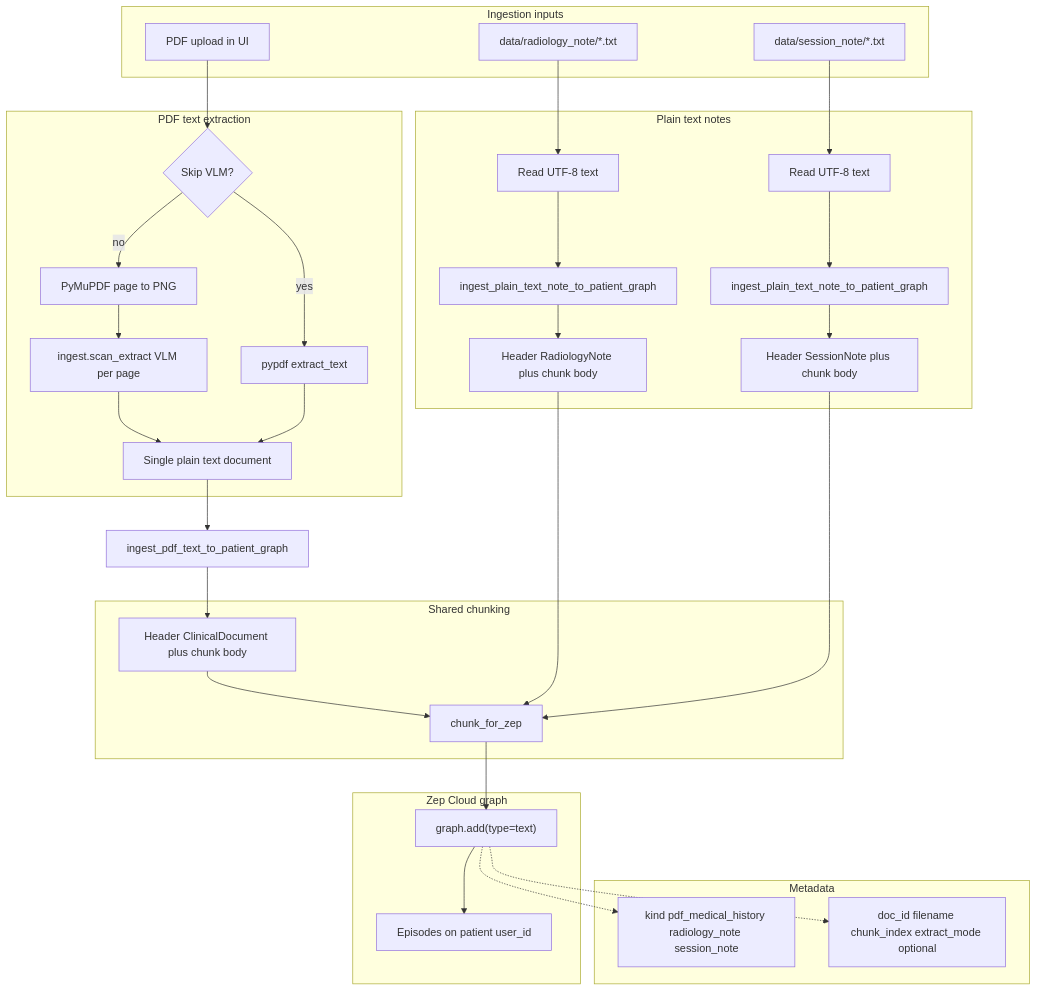
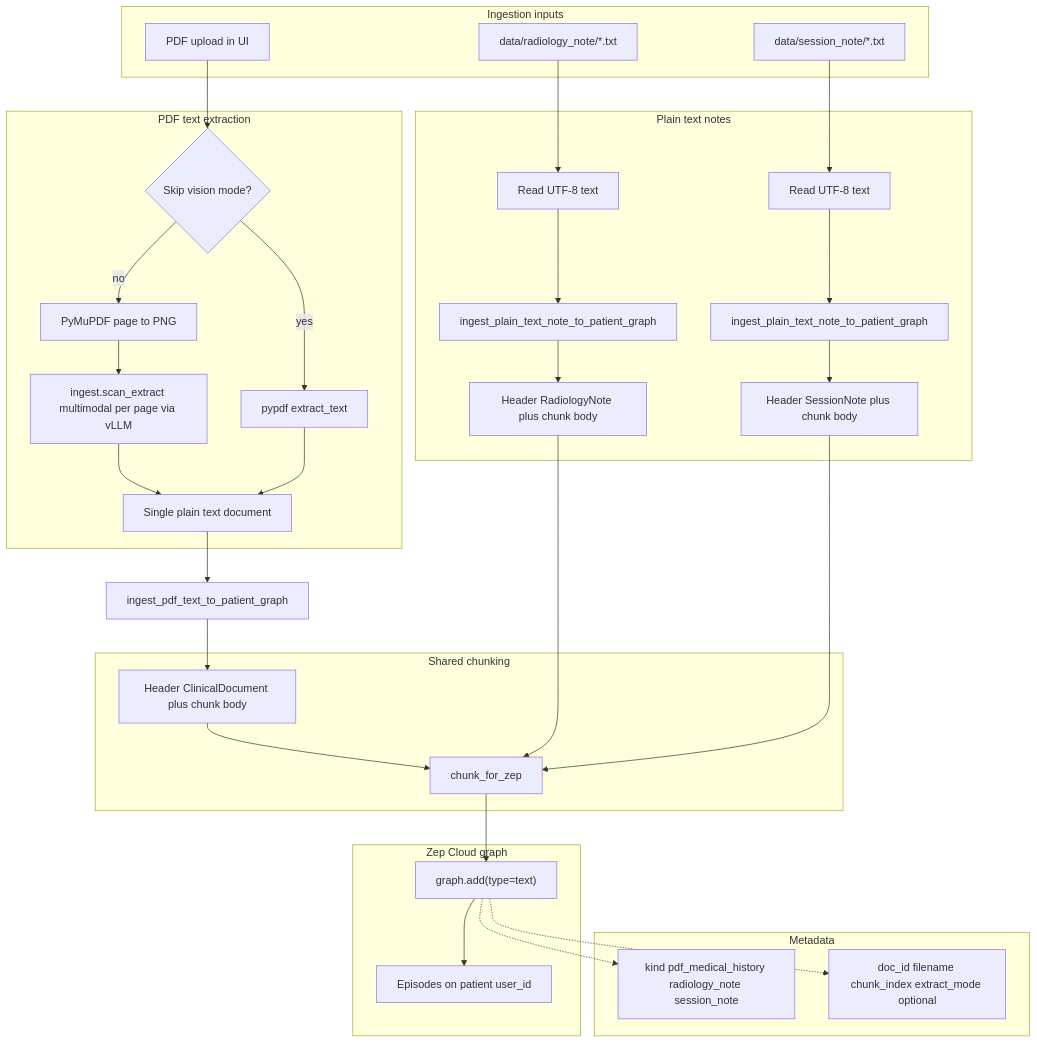
The third of 3 diagrams in README.md (pramodthe/MedTrace-AI), drawn with Mermaid before and after one commit. The commit also changed other lines of this file and 60 other files, not shown here.

````diff
--- a/README.md
+++ b/README.md
@@ -211,45 +230,45 @@
 ```mermaid
 flowchart TB
   subgraph inputs [Ingestion inputs]
     PDF[PDF upload in UI]
     RAD[data/radiology_note/*.txt]
     SESS[data/session_note/*.txt]
   end
 
   subgraph pdfPath [PDF text extraction]
-    PDF --> mode{Skip VLM?}
+    PDF --> mode{Skip vision mode?}
     mode -->|no| raster[PyMuPDF page to PNG]
-    raster --> vlm[ingest.scan_extract VLM per page]
-    vlm --> unifiedStr[Single plain text document]
+    raster --> vm_infer[ingest.scan_extract multimodal per page via vLLM]
+    vm_infer --> unifiedStr[Single plain text document]
     mode -->|yes| pypdf[pypdf extract_text]
     pypdf --> unifiedStr
   end
 
   subgraph notePath [Plain text notes]
     RAD --> readR[Read UTF-8 text]
     SESS --> readS[Read UTF-8 text]
     readR --> noteFnR[ingest_plain_text_note_to_patient_graph]
     readS --> noteFnS[ingest_plain_text_note_to_patient_graph]
     noteFnR --> hdrR[Header RadiologyNote plus chunk body]
     noteFnS --> hdrS[Header SessionNote plus chunk body]
   end
 
   unifiedStr --> pdfIngest[ingest_pdf_text_to_patient_graph]
   pdfIngest --> hdrP[Header ClinicalDocument plus chunk body]
 
   subgraph chunking [Shared chunking]
     hdrP --> chunkZep[chunk_for_zep]
     hdrR --> chunkZep
     hdrS --> chunkZep
   end
 
   subgraph zepGraph [Zep Cloud graph]
     chunkZep --> gadd["graph.add(type=text)"]
     gadd --> episodes[Episodes on patient user_id]
   end
 
   subgraph meta [Metadata]
     gadd -.-> kindHint[kind pdf_medical_history radiology_note session_note]
     gadd -.-> idHint[doc_id filename chunk_index extract_mode optional]
   end
 ```
````
